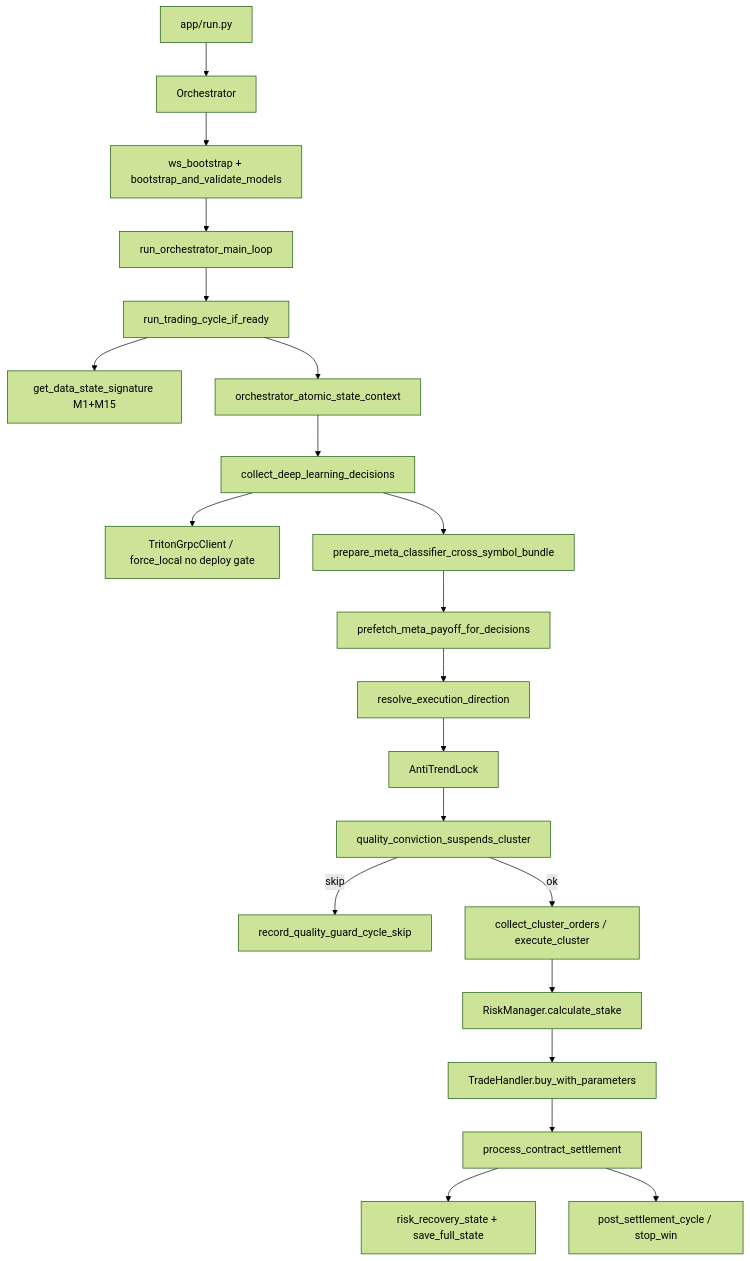
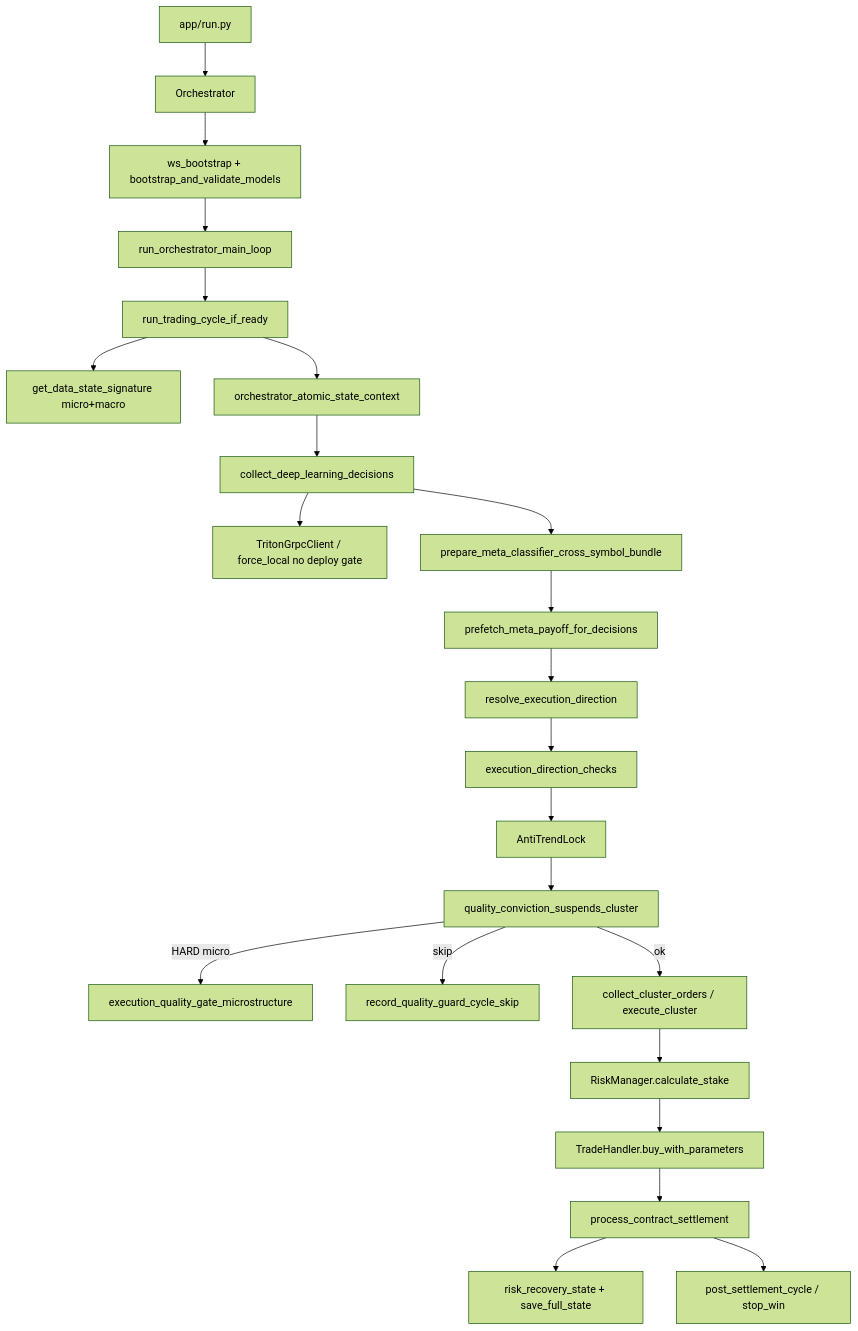
Before and after one commit to victorh-silveira/aether-quantum-engine: the first of 3 diagrams in docs/arquitetura.md, drawn with Mermaid (forest theme). The commit also changed other lines of this file and 9 other files, not shown here.

````diff
--- a/docs/arquitetura.md
+++ b/docs/arquitetura.md
@@ -68,23 +77,25 @@
 ```mermaid
 flowchart TD
   RUN[app/run.py] --> ORCH[Orchestrator]
   ORCH --> BOOT[ws_bootstrap + bootstrap_and_validate_models]
   BOOT --> LOOP[run_orchestrator_main_loop]
   LOOP --> TC[run_trading_cycle_if_ready]
-  TC --> SIG[get_data_state_signature M1+M15]
+  TC --> SIG[get_data_state_signature micro+macro]
   TC --> LOCK[orchestrator_atomic_state_context]
   LOCK --> DL[collect_deep_learning_decisions]
   DL --> TRI[TritonGrpcClient / force_local no deploy gate]
   DL --> BUNDLE[prepare_meta_classifier_cross_symbol_bundle]
   BUNDLE --> META[prefetch_meta_payoff_for_decisions]
   META --> RES[resolve_execution_direction]
-  RES --> ATL[AntiTrendLock]
+  RES --> CHK[execution_direction_checks]
+  CHK --> ATL[AntiTrendLock]
   ATL --> QG[quality_conviction_suspends_cluster]
+  QG -->|HARD micro| MICRO[execution_quality_gate_microstructure]
   QG -->|skip| STV[record_quality_guard_cycle_skip]
   QG -->|ok| COL[collect_cluster_orders / execute_cluster]
   COL --> RM[RiskManager.calculate_stake]
   RM --> TH[TradeHandler.buy_with_parameters]
   TH --> SET[process_contract_settlement]
   SET --> RSC[risk_recovery_state + save_full_state]
   SET --> PSC[post_settlement_cycle / stop_win]
 ```
````
